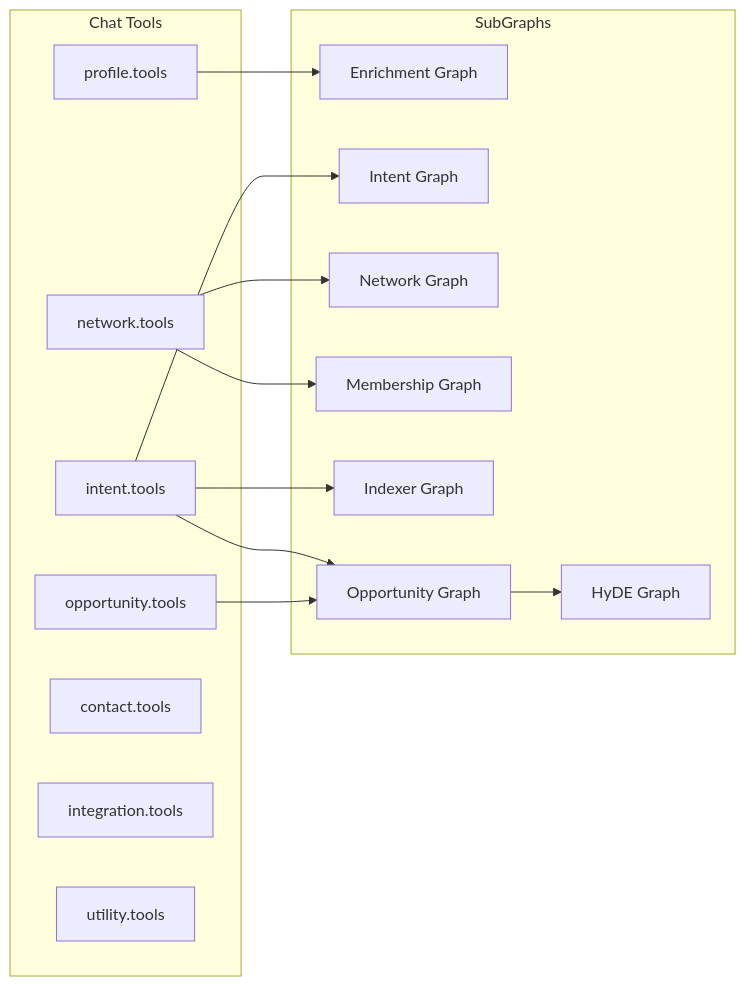
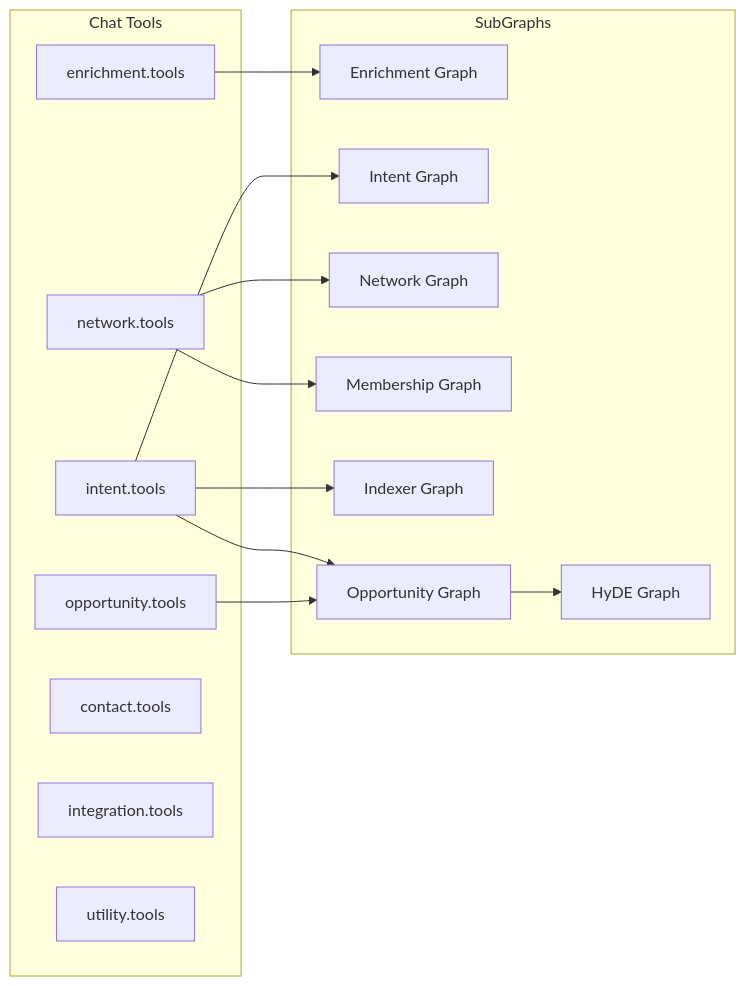
One commit to indexnetwork/index changed the fifth of 5 diagrams in packages/protocol/src/README.md. Above: the diagram before and after it, drawn with Mermaid. The commit also changed other lines of this file and 16 other files, not shown here.

````diff
--- a/packages/protocol/src/README.md
+++ b/packages/protocol/src/README.md
@@ -289,31 +262,31 @@
 ```mermaid
 flowchart LR
     subgraph tools [Chat Tools]
-        PT[profile.tools]
+        PT[enrichment.tools]
         IT[intent.tools]
         IdxT[network.tools]
         OT[opportunity.tools]
         CT[contact.tools]
         IntT[integration.tools]
         UT[utility.tools]
     end
 
     subgraph graphs [SubGraphs]
         PG[Enrichment Graph]
         IG[Intent Graph]
         IxG[Network Graph]
         IMG[Membership Graph]
         IIG[Indexer Graph]
         OG[Opportunity Graph]
         HG[HyDE Graph]
     end
 
     PT --> PG
     IT --> IG
     IT --> IIG
     IT --> OG
     IdxT --> IxG
     IdxT --> IMG
     OT --> OG
     OG --> HG
 ```
````
